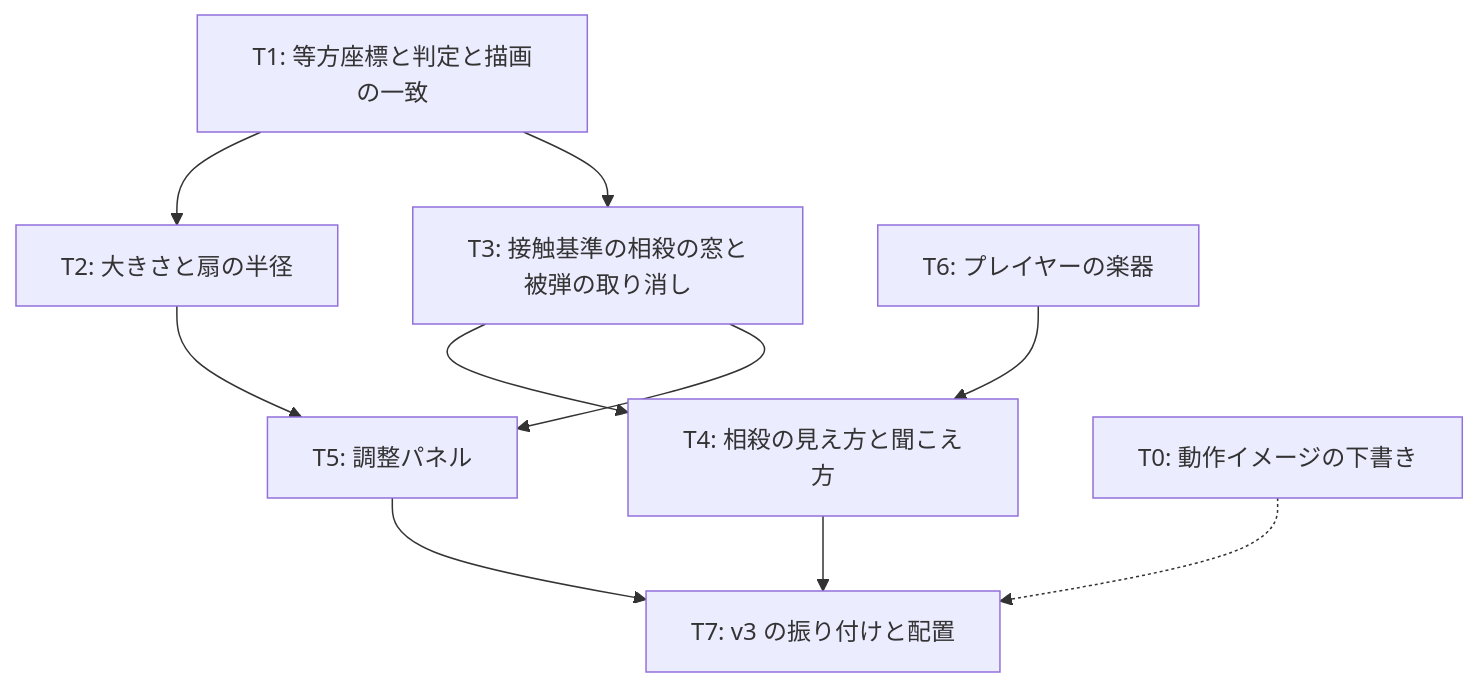
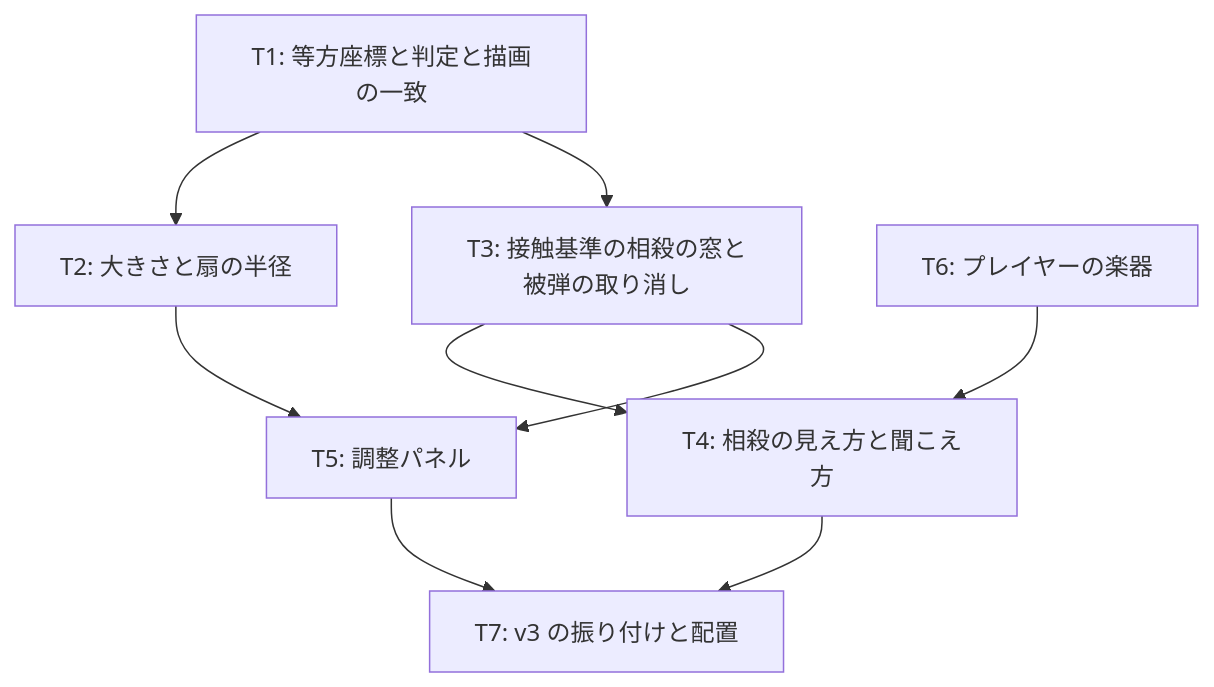
Before and after one commit to pokadokan-boop/music_action_lab: the diagram in docs/plan/v3-phase1.md, drawn with Mermaid. The commit also changed other lines of this file and 6 other files, not shown here.

````diff
--- a/docs/plan/v3-phase1.md
+++ b/docs/plan/v3-phase1.md
@@ -43,12 +47,11 @@
 ```mermaid
 graph TD
     T1[T1: 等方座標と判定と描画の一致] --> T2[T2: 大きさと扇の半径]
     T1 --> T3[T3: 接触基準の相殺の窓と被弾の取り消し]
     T2 --> T5[T5: 調整パネル]
     T3 --> T4[T4: 相殺の見え方と聞こえ方]
     T6[T6: プレイヤーの楽器] --> T4
     T3 --> T5
     T4 --> T7[T7: v3 の振り付けと配置]
     T5 --> T7
-    T0[T0: 動作イメージの下書き] -.-> T7
 ```
````
